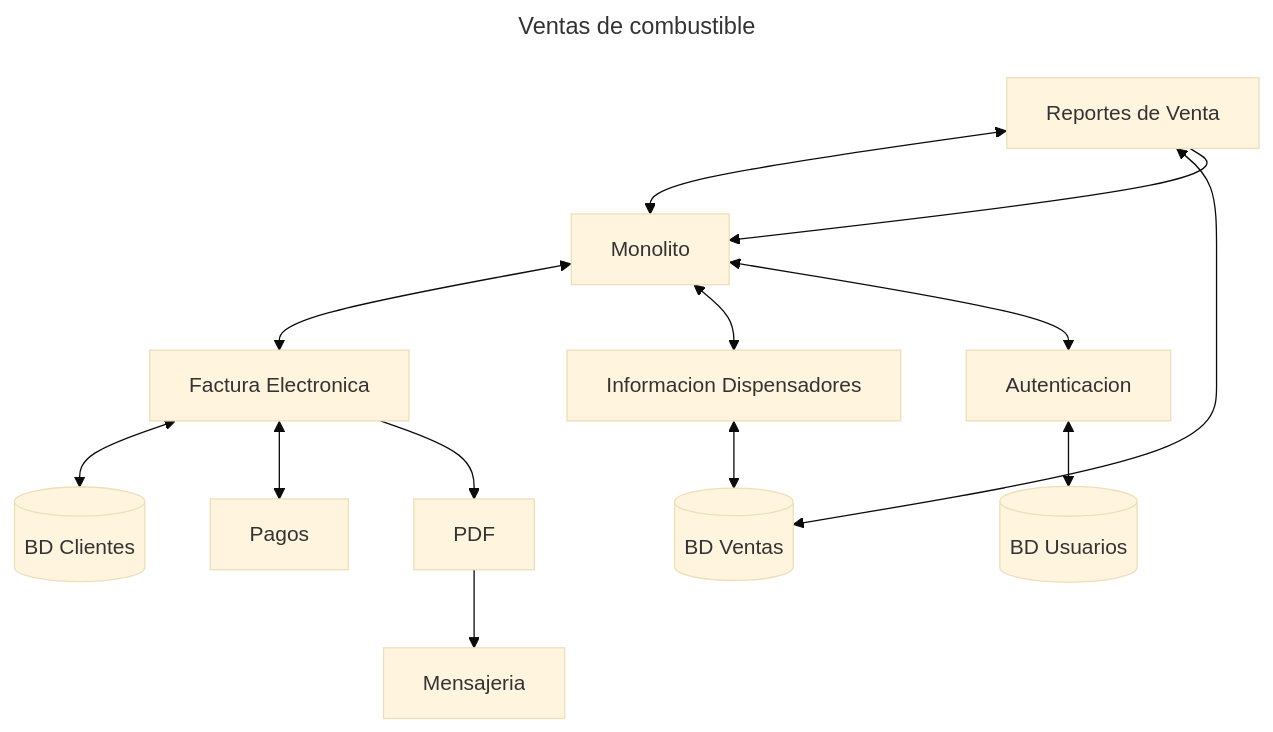
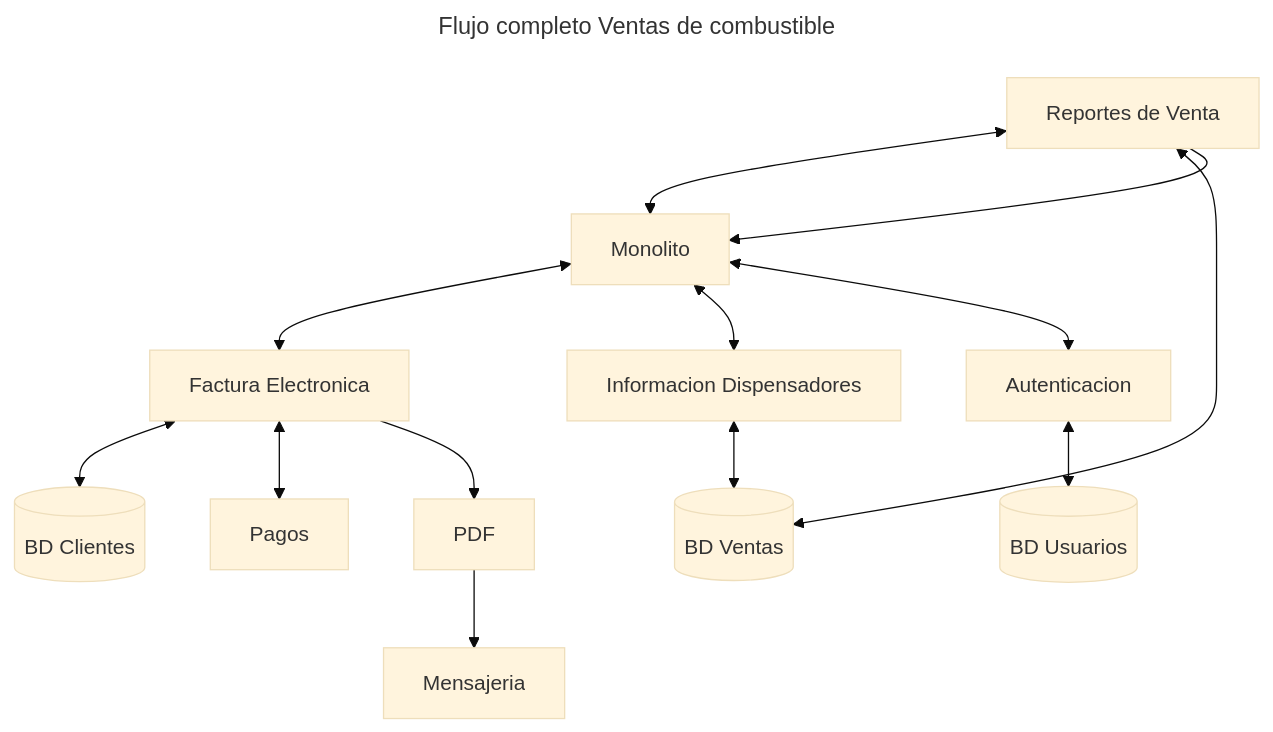
One commit to SebastianBarquero/PF3882-SebastianBarquero changed the fifth of 5 diagrams in Tarea 1/README.md. Above: the diagram before and after it, drawn with Mermaid (base theme). The commit also changed other lines of this file, not shown here.

````diff
--- a/Tarea 1/README.md
+++ b/Tarea 1/README.md
@@ -59,31 +116,31 @@
 ```mermaid
 ---
-title: Ventas de combustible
+title: Flujo completo Ventas de combustible
 ---
 flowchart TB
 monolito[Monolito]
 reportes[Reportes de Venta]
 pdf[PDF]
 infoDispensador[Informacion Dispensadores]
 auth[Autenticacion]
 mensajeria[Mensajeria]
 pagos[Pagos]
 fe[Factura Electronica]
 bdVentas[(BD Ventas)]
 bdUsuarios[(BD Usuarios)]
 bdClientes[(BD Clientes)]
 
 
 
 
 reportes<-->monolito
 
 
 fe<-->bdClientes
 fe<-->pagos
 
 reportes<-->bdVentas
 reportes-->monolito<-->fe-->pdf-->mensajeria
 monolito<-->infoDispensador<-->bdVentas
 monolito<-->auth<-->bdUsuarios
 ```
````
